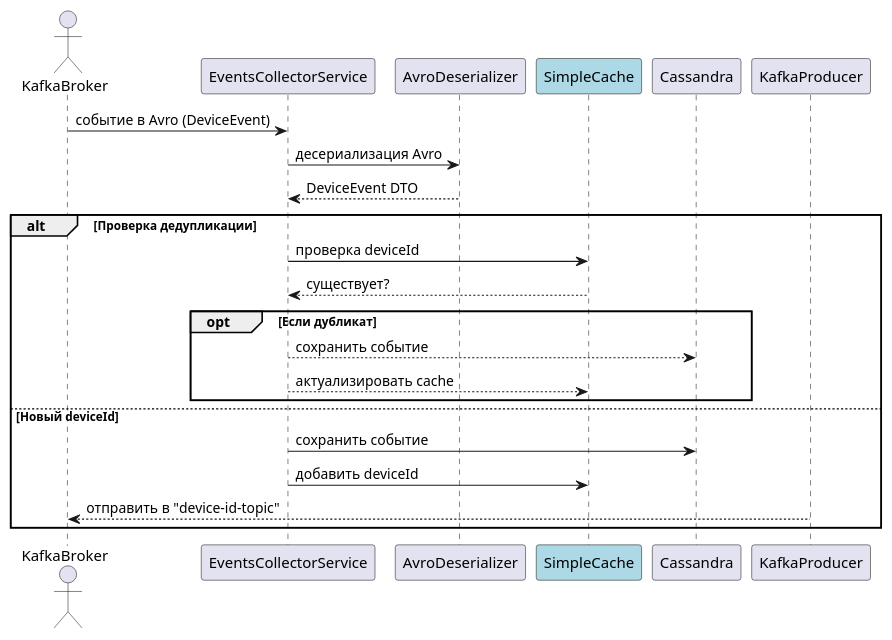
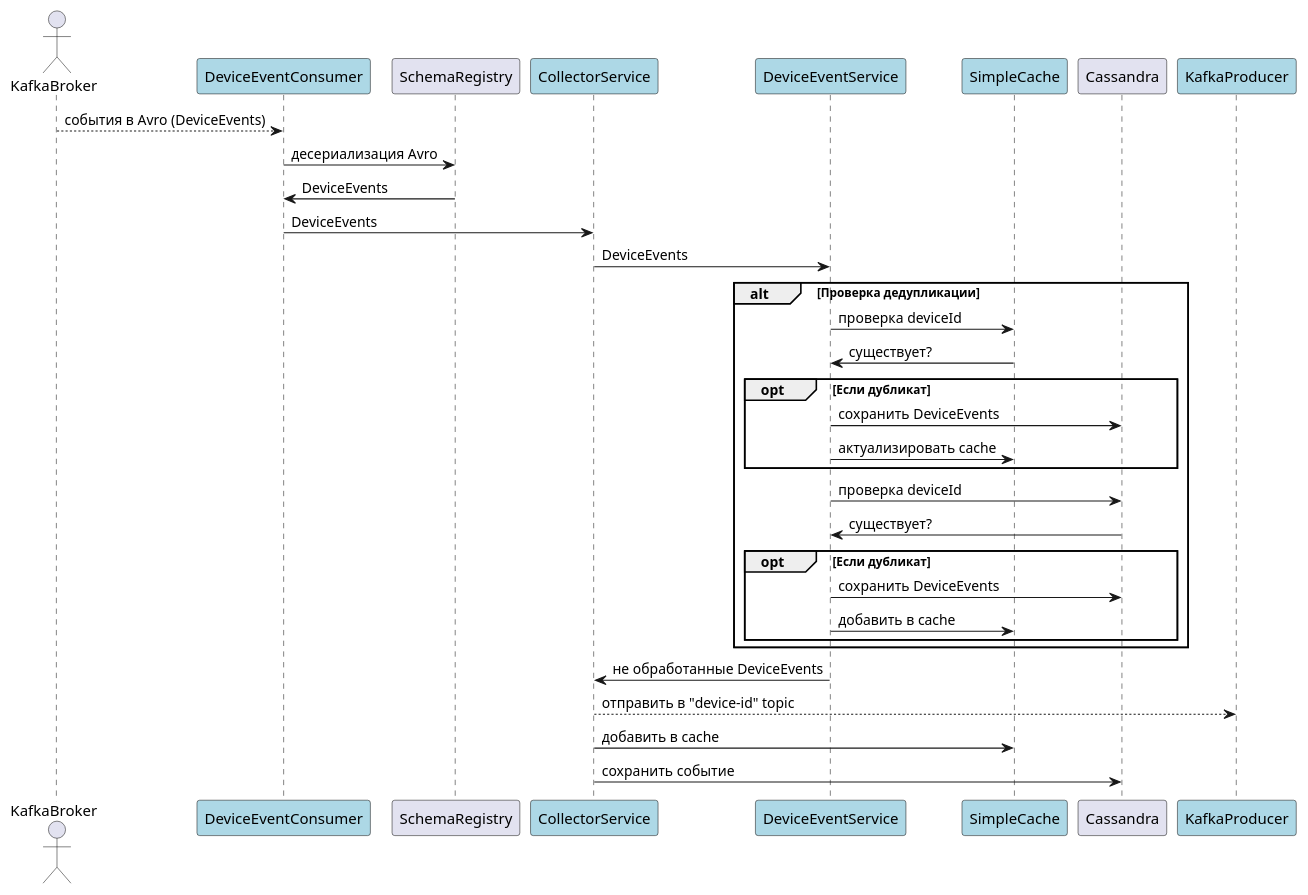
The diagram in diagrams/event-collector/event-collector-sequence.puml (ApenDover/ourcode-iot-platform), drawn with PlantUML before and after one commit. The commit also changed 3 other files, not shown here.

```diff
--- a/diagrams/event-collector/event-collector-sequence.puml
+++ b/diagrams/event-collector/event-collector-sequence.puml
@@ -1,26 +1,36 @@
 @startuml
 actor KafkaBroker
-participant "EventsCollectorService" as ECS
-participant "AvroDeserializer" as AVRO
+participant "DeviceEventConsumer" as DEC  #lightblue
+participant "SchemaRegistry" as AVRO
+participant "CollectorService" as ECS  #lightblue
+participant "DeviceEventService" as DES  #lightblue
 participant "SimpleCache" as CACHE #lightblue
 participant "Cassandra" as DB
-participant "KafkaProducer" as KP
+participant "KafkaProducer" as KP  #lightblue
 
-KafkaBroker -> ECS : событие в Avro (DeviceEvent)
-ECS -> AVRO : десериализация Avro
-AVRO --> ECS : DeviceEvent DTO
+KafkaBroker --> DEC : события в Avro (DeviceEvents)
+DEC -> AVRO : десериализация Avro
+AVRO -> DEC : DeviceEvents
+DEC -> ECS : DeviceEvents
+ECS -> DES : DeviceEvents
 
 alt Проверка дедупликации
-    ECS -> CACHE : проверка deviceId
-    CACHE --> ECS : существует?
+    DES -> CACHE : проверка deviceId
+    CACHE -> DES : существует?
     opt Если дубликат
-        ECS --> DB : сохранить событие
-        ECS --> CACHE : актуализировать cache
+        DES -> DB : сохранить DeviceEvents
+        DES -> CACHE : актуализировать cache
     end
-else Новый deviceId
+    DES -> DB : проверка deviceId
+    DB -> DES : существует?
+    opt Если дубликат
+            DES -> DB : сохранить DeviceEvents
+            DES -> CACHE : добавить в cache
+    end
+end
+    DES -> ECS : не обработанные DeviceEvents
+    ECS --> KP : отправить в "device-id" topic
+    ECS -> CACHE : добавить в cache
     ECS -> DB : сохранить событие
-    ECS -> CACHE : добавить deviceId
-    KP --> KafkaBroker : отправить в "device-id-topic"
-end
 
 @enduml
```
